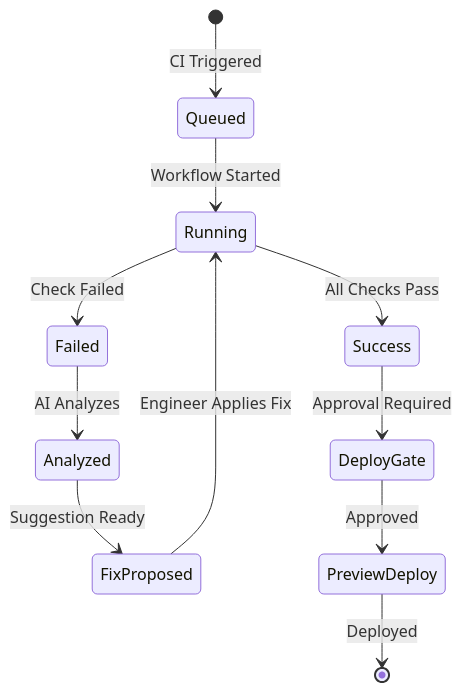
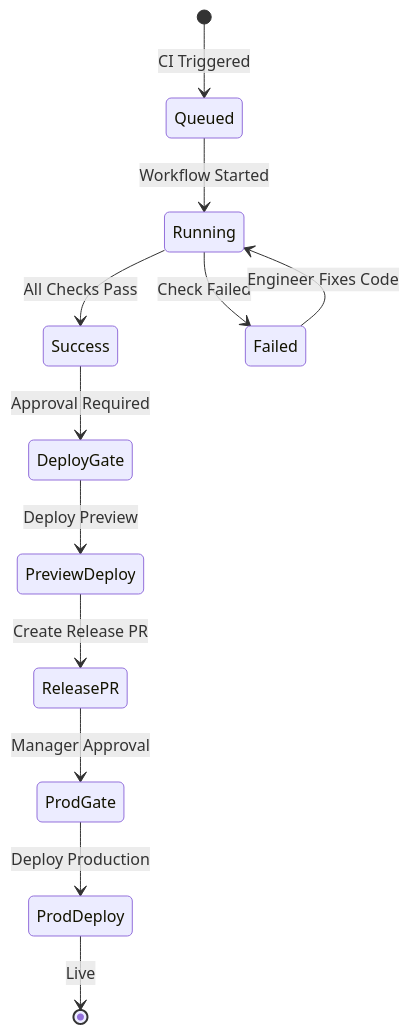
The fifth of 19 diagrams in SHIPBRAIN_PRD_FINAL.md (JeevantheDev/ShipBrain), drawn with Mermaid before and after one commit. The commit also changed other lines of this file, not shown here.

````diff
--- a/SHIPBRAIN_PRD_FINAL.md
+++ b/SHIPBRAIN_PRD_FINAL.md
@@ -221,15 +221,16 @@
 ```mermaid
 stateDiagram-v2
     [*] --> Queued: CI Triggered
     Queued --> Running: Workflow Started
     Running --> Success: All Checks Pass
     Running --> Failed: Check Failed
 
-    Failed --> Analyzed: AI Analyzes
-    Analyzed --> FixProposed: Suggestion Ready
-    FixProposed --> Running: Engineer Applies Fix
+    Failed --> Running: Engineer Fixes Code
 
     Success --> DeployGate: Approval Required
-    DeployGate --> PreviewDeploy: Approved
-    PreviewDeploy --> [*]: Deployed
+    DeployGate --> PreviewDeploy: Deploy Preview
+    PreviewDeploy --> ReleasePR: Create Release PR
+    ReleasePR --> ProdGate: Manager Approval
+    ProdGate --> ProdDeploy: Deploy Production
+    ProdDeploy --> [*]: Live
 ```
````
